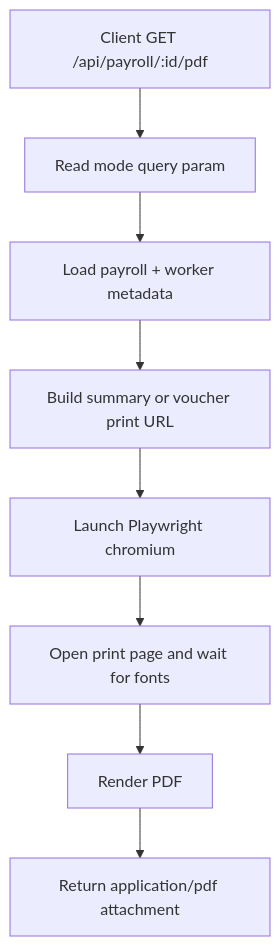
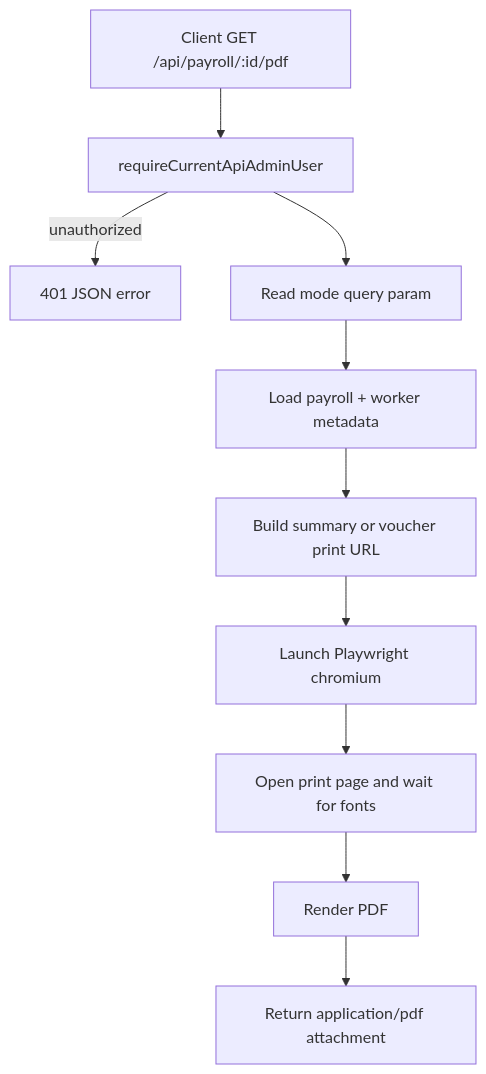
Before and after one commit to daniellim922/One-Laundry-Project-Alpha-v1: the second of 5 diagrams in .codex/docs/api-workflows.md, drawn with Mermaid. The commit also changed other lines of this file and 3 other files, not shown here.

````diff
--- a/.codex/docs/api-workflows.md
+++ b/.codex/docs/api-workflows.md
@@ -42,10 +45,12 @@
 ```mermaid
 flowchart TD
-    A[Client GET /api/payroll/:id/pdf] --> C[Read mode query param]
+    A[Client GET /api/payroll/:id/pdf] --> B[requireCurrentApiAdminUser]
+    B -->|unauthorized| X[401 JSON error]
+    B --> C[Read mode query param]
     C --> D[Load payroll + worker metadata]
     D --> E[Build summary or voucher print URL]
     E --> F[Launch Playwright chromium]
     F --> G[Open print page and wait for fonts]
     G --> H[Render PDF]
     H --> I[Return application/pdf attachment]
 ```
````
